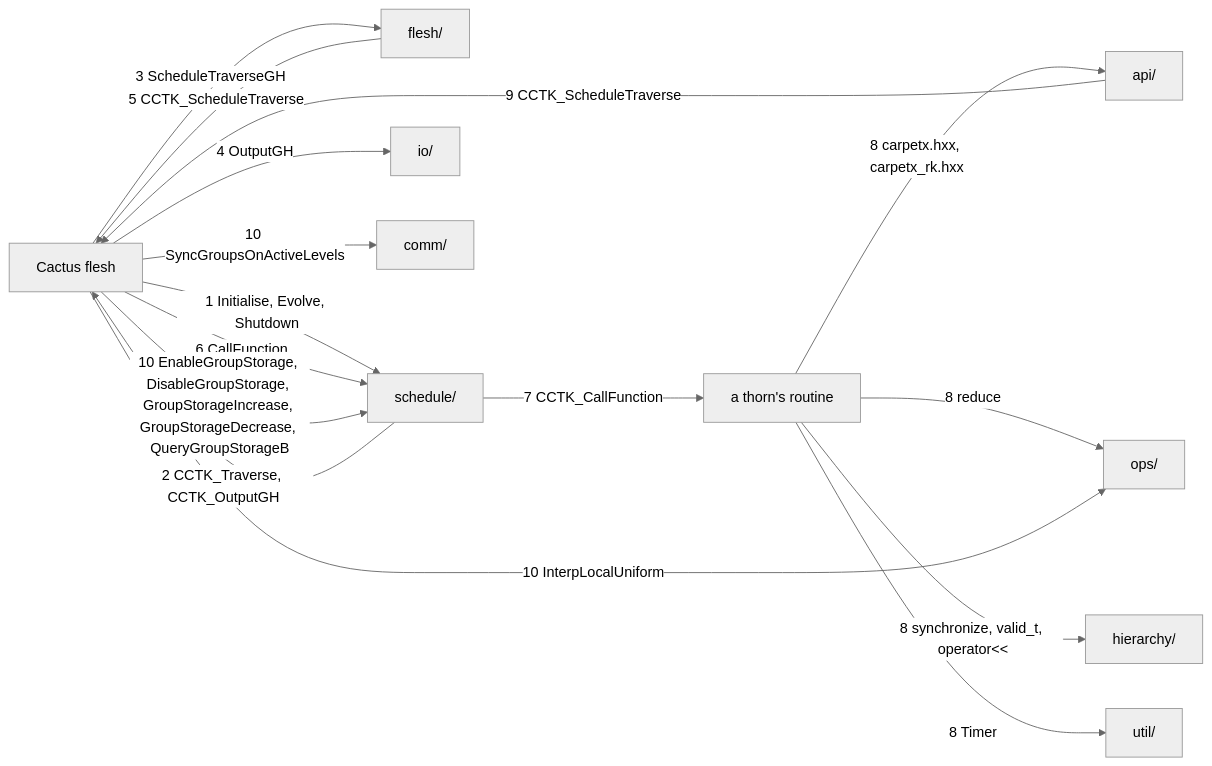
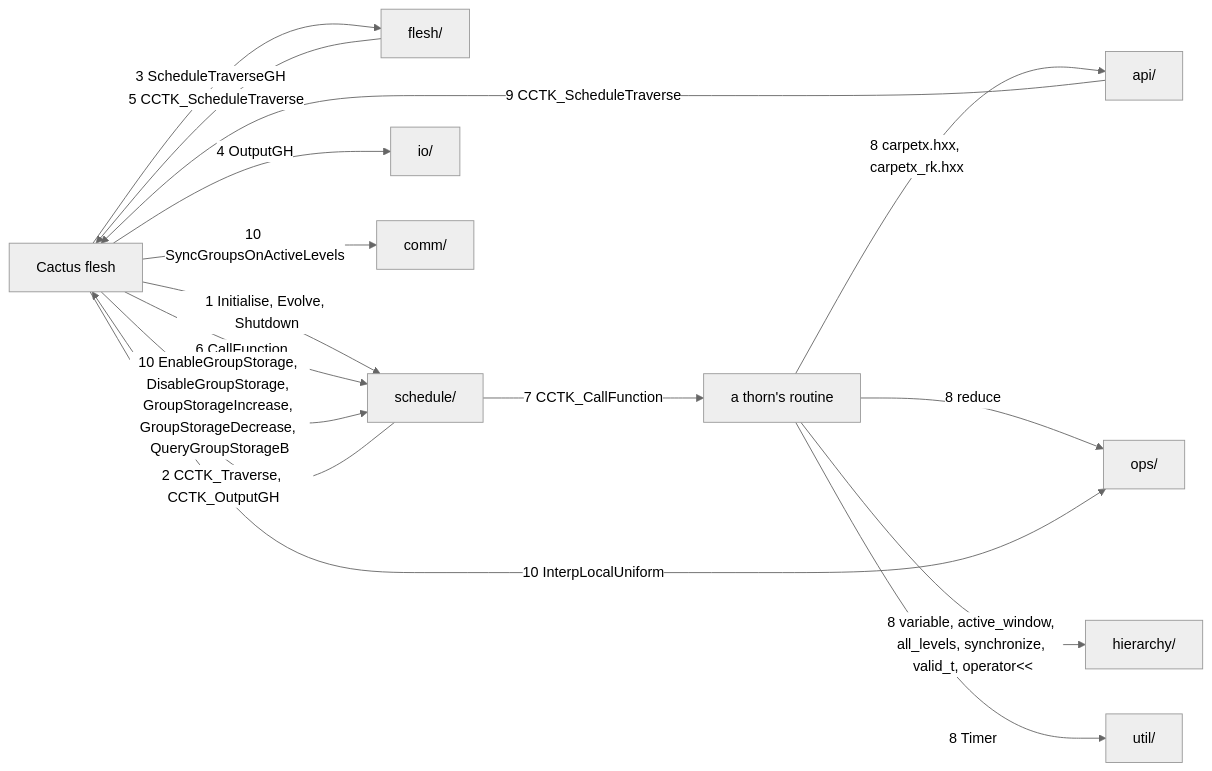
One commit to lwJi/CarpetX changed the second of 3 diagrams in agent_docs/carpetx-internals.md. Above: the diagram before and after it, drawn with Mermaid (neutral theme). The commit also changed other lines of this file and 10 other files, not shown here.

````diff
--- a/agent_docs/carpetx-internals.md
+++ b/agent_docs/carpetx-internals.md
@@ -63,28 +58,28 @@
 ```mermaid
 flowchart LR
   cactus["Cactus flesh"]
   thorn["a thorn's routine"]
   flesh["flesh/"]
   api["api/"]
   schedule["schedule/"]
   io["io/"]
   ops["ops/"]
   comm["comm/"]
   hierarchy["hierarchy/"]
   util["util/"]
   cactus -- "1 Initialise, Evolve, Shutdown" --> schedule
   schedule -- "2 CCTK_Traverse, CCTK_OutputGH" --> cactus
   cactus -- "3 ScheduleTraverseGH" --> flesh
   cactus -- "4 OutputGH" --> io
   flesh -- "5 CCTK_ScheduleTraverse" --> cactus
   cactus -- "6 CallFunction" --> schedule
   schedule -- "7 CCTK_CallFunction" --> thorn
   thorn -- "8 carpetx.hxx, carpetx_rk.hxx" --> api
   thorn -- "8 reduce" --> ops
-  thorn -- "8 synchronize, valid_t, operator<<" --> hierarchy
+  thorn -- "8 variable, active_window, all_levels, synchronize, valid_t, operator<<" --> hierarchy
   thorn -- "8 Timer" --> util
   api -- "9 CCTK_ScheduleTraverse" --> cactus
   cactus -- "10 EnableGroupStorage, DisableGroupStorage, GroupStorageIncrease, GroupStorageDecrease, QueryGroupStorageB" --> schedule
   cactus -- "10 InterpLocalUniform" --> ops
   cactus -- "10 SyncGroupsOnActiveLevels" --> comm
 ```
````
